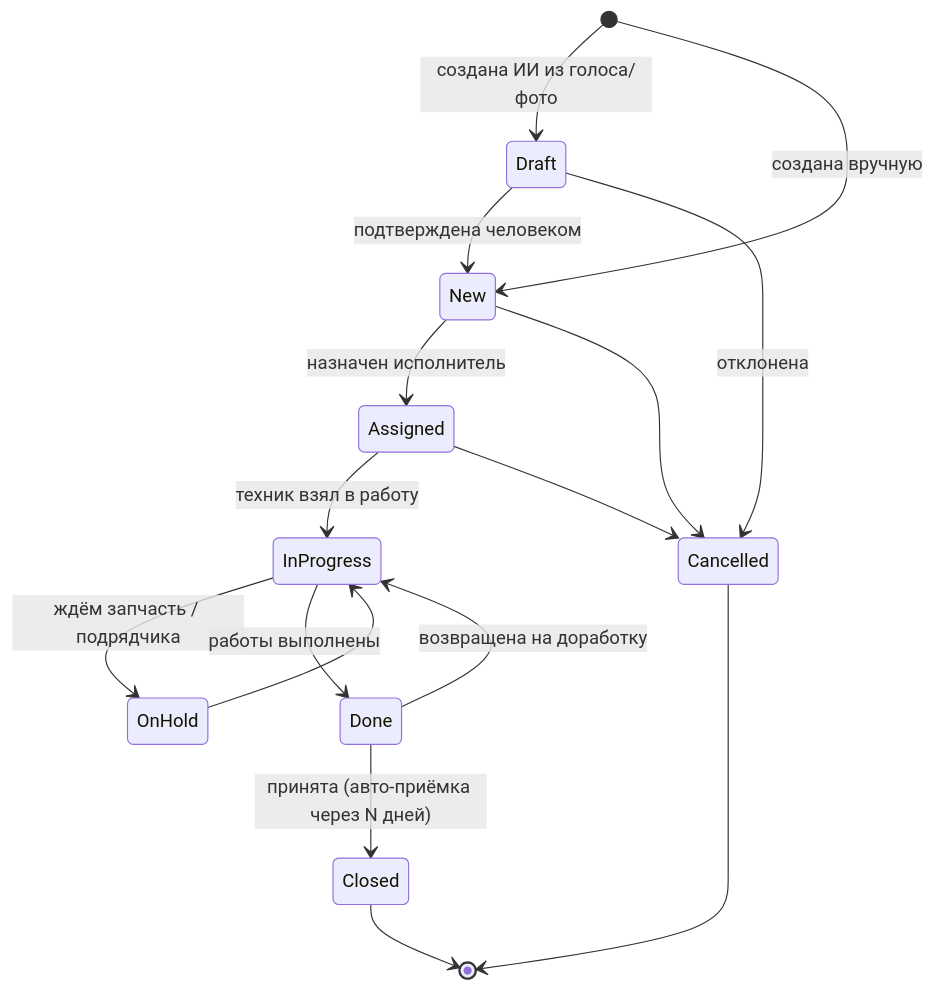
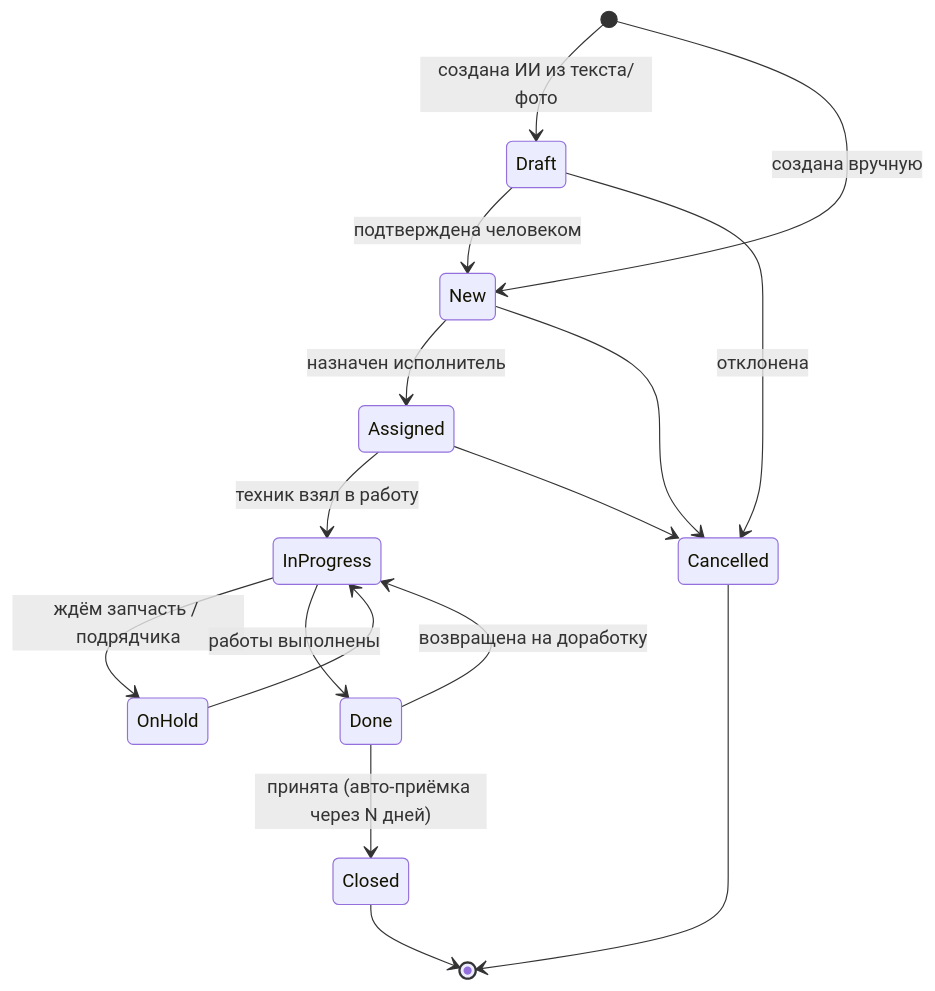
Before and after one commit to masterdoc-app/masterdoc: the second of 6 diagrams in TOIR_AI_SYSTEM_DESIGN.md, drawn with Mermaid. The commit also changed other lines of this file, not shown here.

````diff
--- a/TOIR_AI_SYSTEM_DESIGN.md
+++ b/TOIR_AI_SYSTEM_DESIGN.md
@@ -154,18 +156,18 @@
 ```mermaid
 stateDiagram-v2
-  [*] --> Draft: создана ИИ из голоса/фото
+  [*] --> Draft: создана ИИ из текста/фото
   [*] --> New: создана вручную
   Draft --> New: подтверждена человеком
   Draft --> Cancelled: отклонена
   New --> Assigned: назначен исполнитель
   Assigned --> InProgress: техник взял в работу
   InProgress --> OnHold: ждём запчасть / подрядчика
   OnHold --> InProgress
   InProgress --> Done: работы выполнены
   Done --> Closed: принята (авто-приёмка через N дней)
   Done --> InProgress: возвращена на доработку
   New --> Cancelled
   Assigned --> Cancelled
   Closed --> [*]
   Cancelled --> [*]
 ```
````
